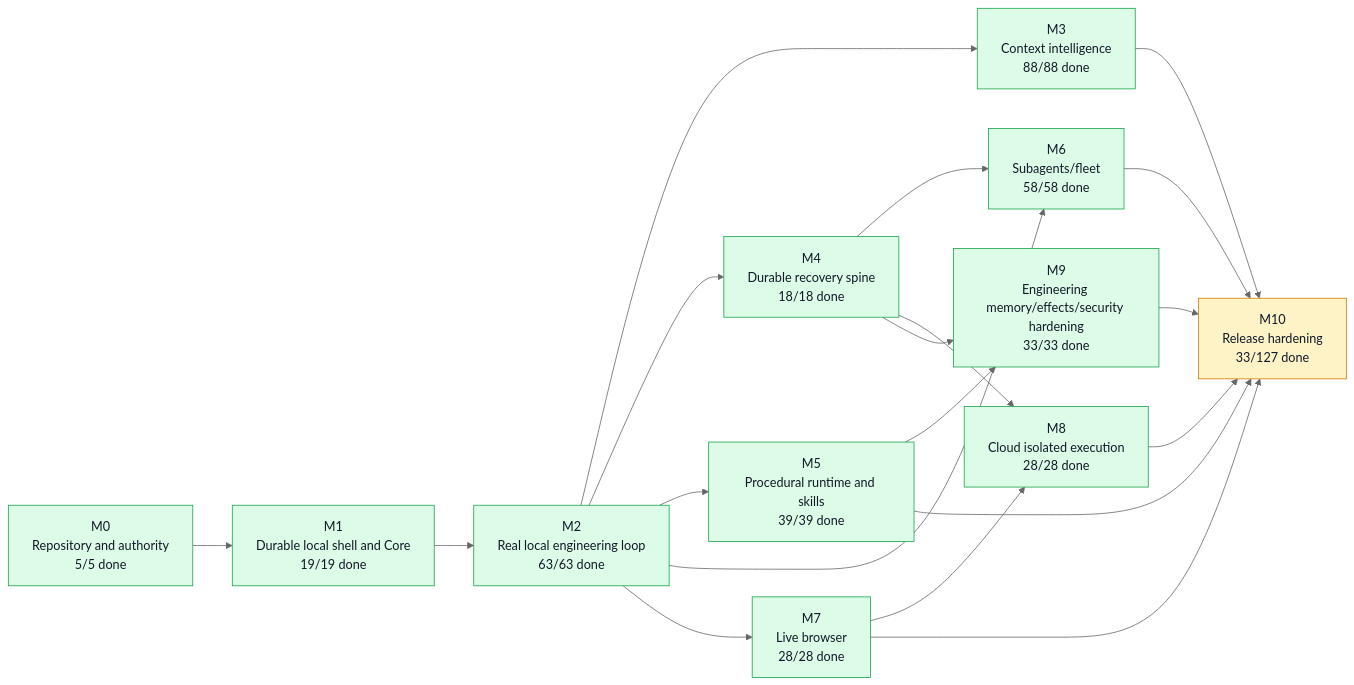
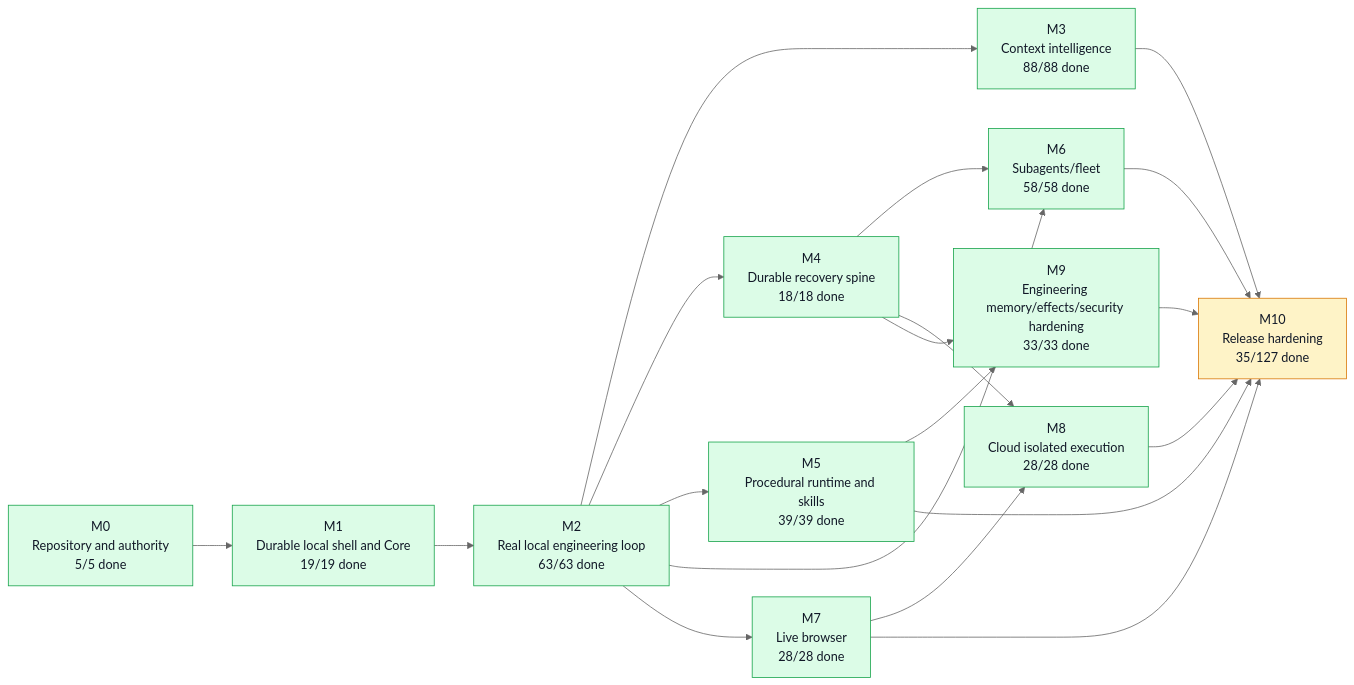
Before and after one commit to moss101/modbit: the first of 5 diagrams in graph/PROJECT_GRAPH.md, drawn with Mermaid (neutral theme). The commit also changed other lines of this file and 11 other files, not shown here.

````diff
--- a/graph/PROJECT_GRAPH.md
+++ b/graph/PROJECT_GRAPH.md
@@ -57,43 +57,43 @@
 ```mermaid
 flowchart LR
   M0["M0<br/>Repository and authority<br/>5/5 done"]
   M1["M1<br/>Durable local shell and Core<br/>19/19 done"]
   M2["M2<br/>Real local engineering loop<br/>63/63 done"]
   M3["M3<br/>Context intelligence<br/>88/88 done"]
   M4["M4<br/>Durable recovery spine<br/>18/18 done"]
   M5["M5<br/>Procedural runtime and skills<br/>39/39 done"]
   M6["M6<br/>Subagents/fleet<br/>58/58 done"]
   M7["M7<br/>Live browser<br/>28/28 done"]
   M8["M8<br/>Cloud isolated execution<br/>28/28 done"]
   M9["M9<br/>Engineering memory/effects/security hardening<br/>33/33 done"]
-  M10["M10<br/>Release hardening<br/>33/127 done"]
+  M10["M10<br/>Release hardening<br/>35/127 done"]
   M0 --> M1
   M1 --> M2
   M2 --> M3
   M2 --> M4
   M2 --> M5
   M2 --> M6
   M4 --> M6
   M2 --> M7
   M4 --> M8
   M7 --> M8
   M4 --> M9
   M5 --> M9
   M3 --> M10
   M5 --> M10
   M6 --> M10
   M7 --> M10
   M8 --> M10
   M9 --> M10
   style M0 fill:#dcfce7,stroke:#16a34a,color:#111827
   style M1 fill:#dcfce7,stroke:#16a34a,color:#111827
   style M2 fill:#dcfce7,stroke:#16a34a,color:#111827
   style M3 fill:#dcfce7,stroke:#16a34a,color:#111827
   style M4 fill:#dcfce7,stroke:#16a34a,color:#111827
   style M5 fill:#dcfce7,stroke:#16a34a,color:#111827
   style M6 fill:#dcfce7,stroke:#16a34a,color:#111827
   style M7 fill:#dcfce7,stroke:#16a34a,color:#111827
   style M8 fill:#dcfce7,stroke:#16a34a,color:#111827
   style M9 fill:#dcfce7,stroke:#16a34a,color:#111827
   style M10 fill:#fef3c7,stroke:#d97706,color:#111827
 ```
````
